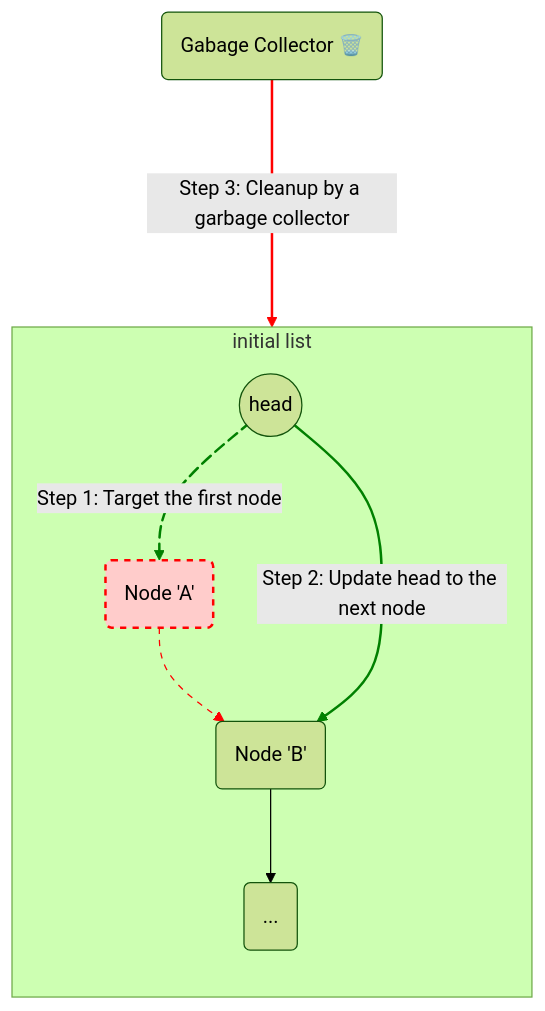
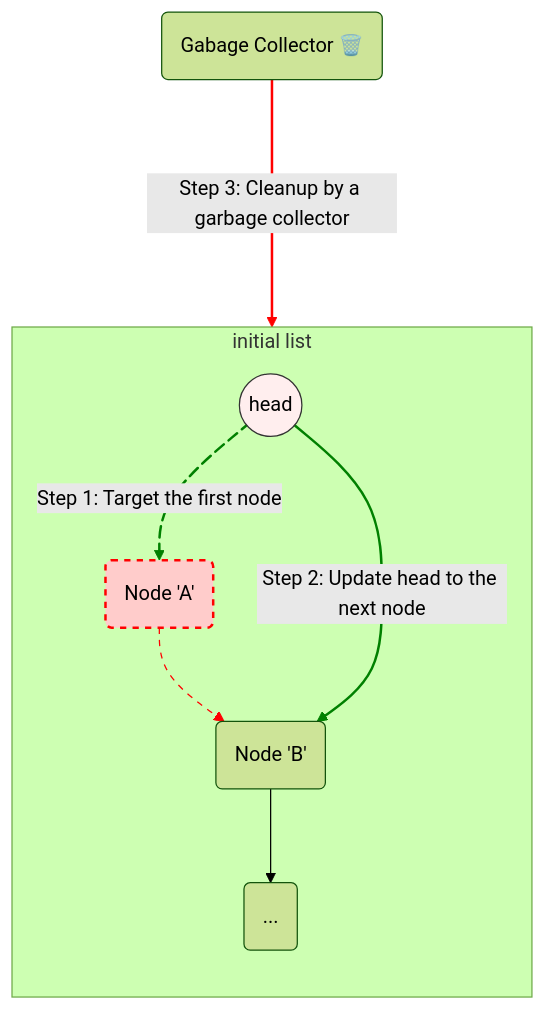
Before and after one commit to ruslylove/datastruct: the seventh of 10 diagrams in lectures/lect-3-Singly-Linked-List.md, drawn with Mermaid (forest theme). The commit also changed other lines of this file and 5 other files, not shown here.

Commit message:
update diagrams

````diff
--- a/lectures/lect-3-Singly-Linked-List.md
+++ b/lectures/lect-3-Singly-Linked-List.md
@@ -750,23 +750,25 @@
 ```mermaid {scale:0.7}
 
 graph TD
     subgraph initial list
         direction TB
         head1(("head")) e1@--Step 1: Target the first node--> A("Node 'A'") --> B("Node 'B'") --> C("...")
 
         head1 -- "Step 2: Update head to the next node" --> B
     end
 
             gc("Gabage Collector 🗑️") e2@== "Step 3: Cleanup by a garbage collector" ====> A
 
 
     e1@{ animate: true, animation: slow }
     %%e2@{ animate: true, animation: slow }
 
     %%linkStyle 0 stroke-width:2px,stroke:blue,fill:none;
     style A fill:#ffcccb,stroke:#f00,stroke-width:2px,stroke-dasharray: 5 5
     linkStyle 0,3 stroke-width:2px,stroke:green,fill:none;
     linkStyle 4 stroke-width:2px,stroke:red,fill:none;
     linkStyle 1 stroke:red,stroke-dasharray: 5 5;
+    style head1 fill:#fee,stroke:#333
+
 
 ```
````
